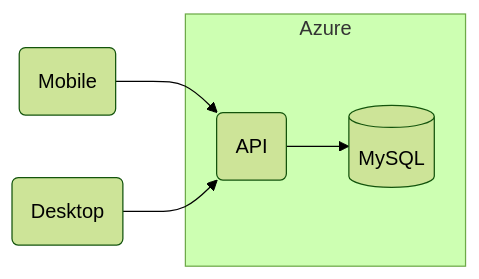
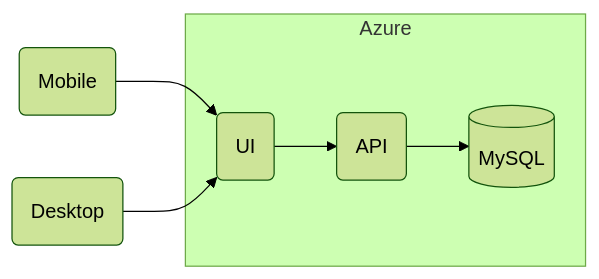
Before and after one commit to lteran9/ExpenseWise: the first of 2 diagrams in README.md, drawn with Mermaid (forest theme). The commit also changed other lines of this file, not shown here.

````diff
--- a/README.md
+++ b/README.md
@@ -31,8 +39,9 @@
 ```mermaid
 flowchart LR;
-   id2(Mobile) --> id3(API);
-   id1(Desktop) --> id3(API);
+   id2(Mobile) --> id3(UI);
+   id1(Desktop) --> id3(UI);
    subgraph Azure
-   id3(API) --> A@{ shape: cyl, label: "MySQL" };
+   id3(UI) --> id4(API)
+   id4(API) --> A@{ shape: cyl, label: "MySQL" };
    end
 ```
````
